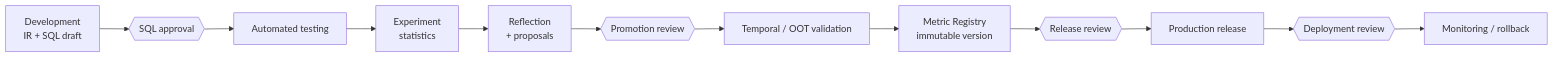
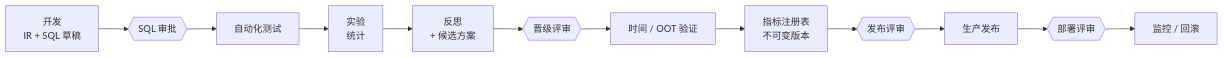
The fourth of 4 diagrams in docs/architecture/overview.md (huangJJ8/airi), drawn with Mermaid before and after one commit. The commit also changed other lines of this file and 24 other files, not shown here.

````diff
--- a/docs/architecture/overview.md
+++ b/docs/architecture/overview.md
@@ -176,14 +167,14 @@
 ```mermaid
 flowchart LR
-    DEV["Development<br/>IR + SQL draft"] --> A1{{"SQL approval"}}
-    A1 --> TEST["Automated testing"]
-    TEST --> EXP["Experiment<br/>statistics"]
-    EXP --> REF["Reflection<br/>+ proposals"]
-    REF --> A2{{"Promotion review"}}
-    A2 --> TMP["Temporal / OOT validation"]
-    TMP --> REG["Metric Registry<br/>immutable version"]
-    REG --> A3{{"Release review"}}
-    A3 --> PRD["Production release"]
-    PRD --> A4{{"Deployment review"}}
-    A4 --> MON["Monitoring / rollback"]
+    DEV["开发<br/>IR + SQL 草稿"] --> A1{{"SQL 审批"}}
+    A1 --> TEST["自动化测试"]
+    TEST --> EXP["实验<br/>统计"]
+    EXP --> REF["反思<br/>+ 候选方案"]
+    REF --> A2{{"晋级评审"}}
+    A2 --> TMP["时间 / OOT 验证"]
+    TMP --> REG["指标注册表<br/>不可变版本"]
+    REG --> A3{{"发布评审"}}
+    A3 --> PRD["生产发布"]
+    PRD --> A4{{"部署评审"}}
+    A4 --> MON["监控 / 回滚"]
 ```
````
